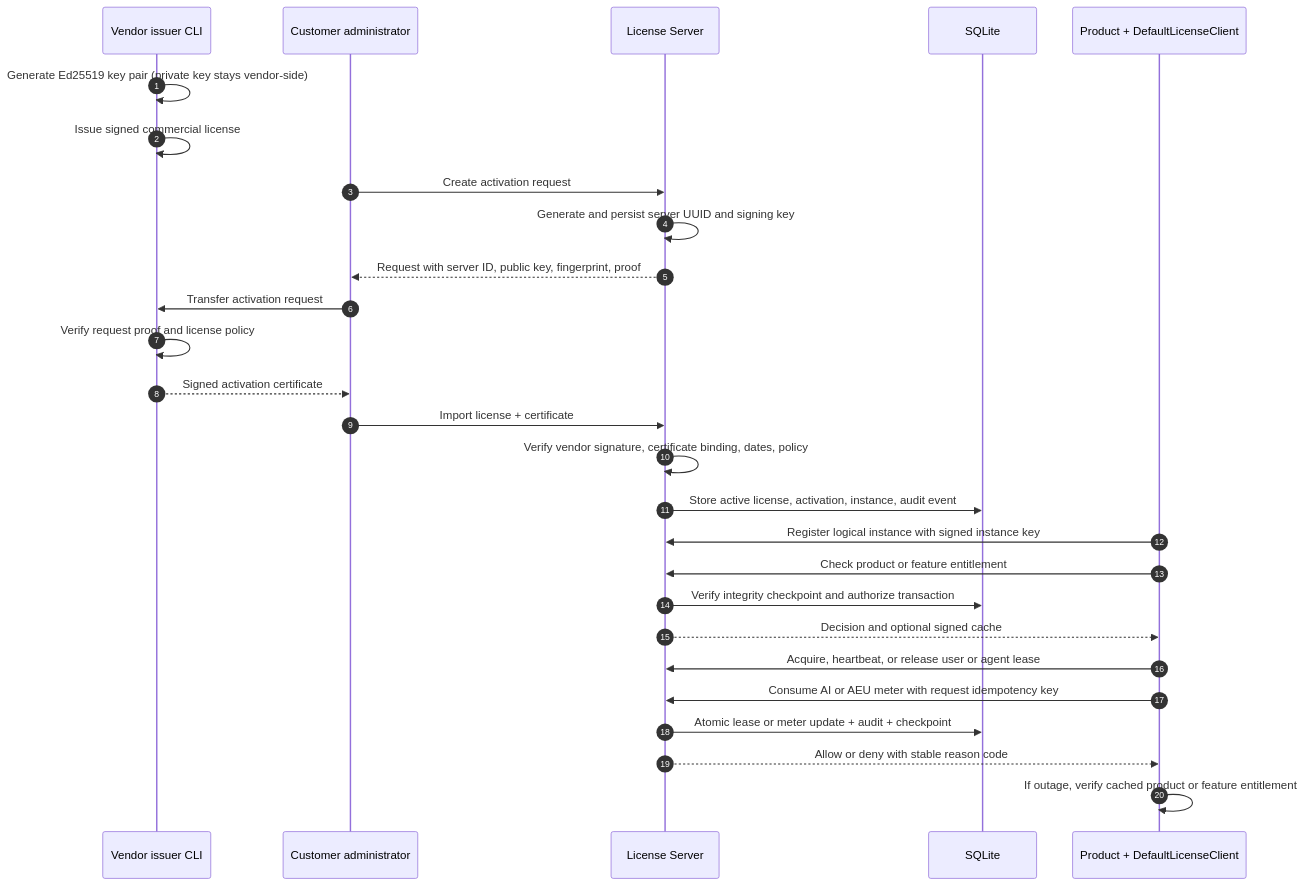
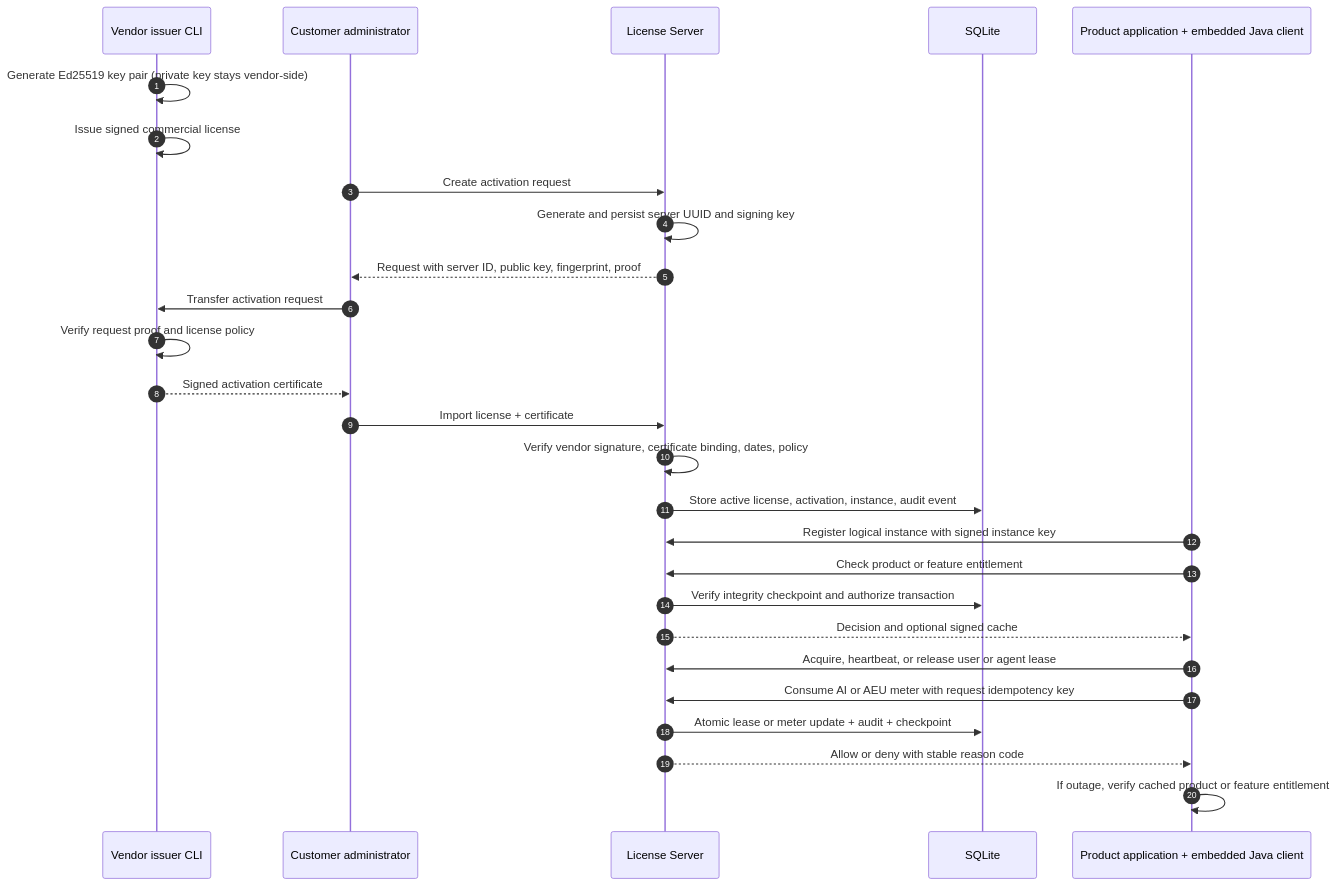
One commit to rajashashankmuppirala/offline-license-platform changed the second of 2 diagrams in offline-license-platform/docs/architecture-and-shipping.md. Above: the diagram before and after it, drawn with Mermaid. The commit also changed other lines of this file, not shown here.

Commit message:
sequence diagram changes

````diff
--- a/offline-license-platform/docs/architecture-and-shipping.md
+++ b/offline-license-platform/docs/architecture-and-shipping.md
@@ -32,30 +32,30 @@
 ```mermaid
 sequenceDiagram
     autonumber
     participant Vendor as Vendor issuer CLI
     participant Admin as Customer administrator
     participant Server as License Server
     participant DB as SQLite
-    participant Product as Product + DefaultLicenseClient
+    participant Product as Product application + embedded Java client
 
     Vendor->>Vendor: Generate Ed25519 key pair (private key stays vendor-side)
     Vendor->>Vendor: Issue signed commercial license
     Admin->>Server: Create activation request
     Server->>Server: Generate and persist server UUID and signing key
     Server-->>Admin: Request with server ID, public key, fingerprint, proof
     Admin->>Vendor: Transfer activation request
     Vendor->>Vendor: Verify request proof and license policy
     Vendor-->>Admin: Signed activation certificate
     Admin->>Server: Import license + certificate
     Server->>Server: Verify vendor signature, certificate binding, dates, policy
     Server->>DB: Store active license, activation, instance, audit event
     Product->>Server: Register logical instance with signed instance key
     Product->>Server: Check product or feature entitlement
     Server->>DB: Verify integrity checkpoint and authorize transaction
     Server-->>Product: Decision and optional signed cache
     Product->>Server: Acquire, heartbeat, or release user or agent lease
     Product->>Server: Consume AI or AEU meter with request idempotency key
     Server->>DB: Atomic lease or meter update + audit + checkpoint
     Server-->>Product: Allow or deny with stable reason code
     Product->>Product: If outage, verify cached product or feature entitlement
 ```
````
